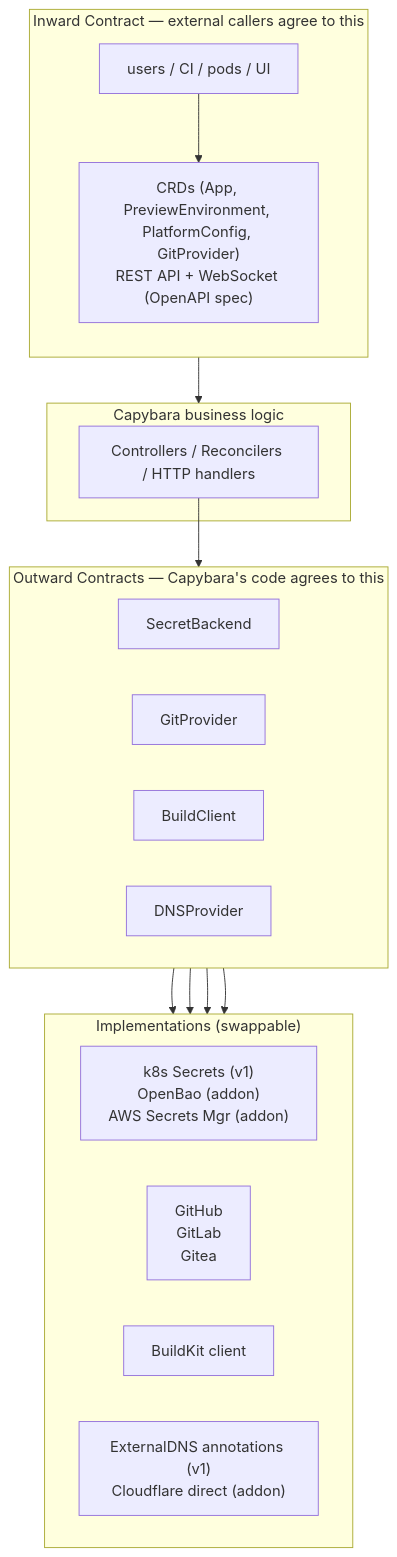
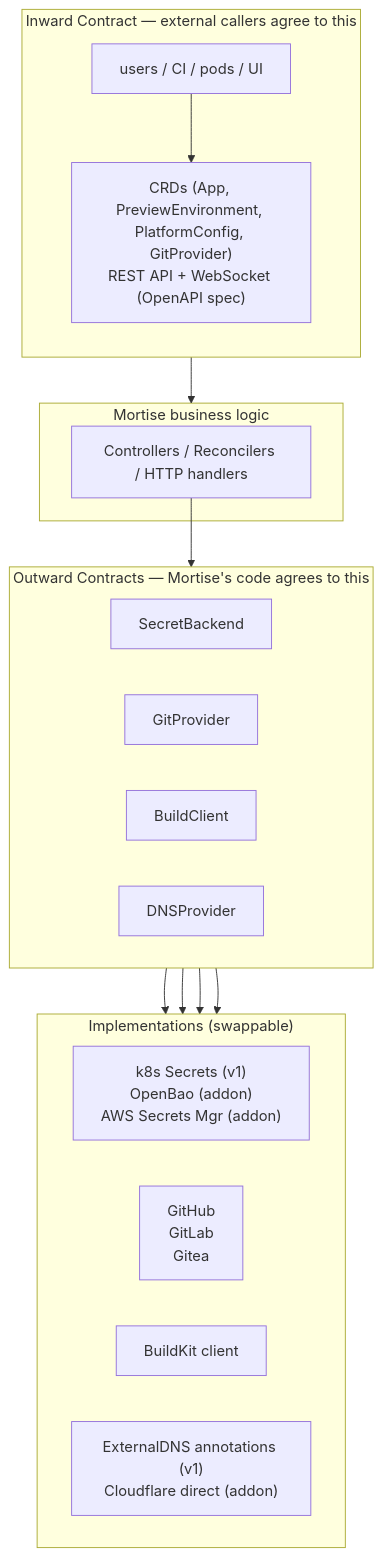
The third of 5 diagrams in ARCHITECTURE.md (mortise-org/mortise), drawn with Mermaid before and after one commit. The commit also changed other lines of this file and 2 other files, not shown here.

Commit message:
Rename Capybara → Mortise; addons are tenons (joinery metaphor)

````diff
--- a/ARCHITECTURE.md
+++ b/ARCHITECTURE.md
@@ -174,38 +174,38 @@
 ```mermaid
 flowchart TB
     subgraph Inward["Inward Contract — external callers agree to this"]
         direction TB
         Callers["users / CI / pods / UI"]
         Public["CRDs (App, PreviewEnvironment, PlatformConfig, GitProvider)<br/>REST API + WebSocket (OpenAPI spec)"]
         Callers --> Public
     end
 
     Public --> Business
 
-    subgraph Business["Capybara business logic"]
+    subgraph Business["Mortise business logic"]
         Ctrl["Controllers / Reconcilers / HTTP handlers"]
     end
 
     Ctrl --> Outward
 
-    subgraph Outward["Outward Contracts — Capybara's code agrees to this"]
+    subgraph Outward["Outward Contracts — Mortise's code agrees to this"]
         direction LR
         SB["SecretBackend"]
         GP["GitProvider"]
         BC["BuildClient"]
         DP["DNSProvider"]
     end
 
     subgraph Impls["Implementations (swappable)"]
         direction LR
         SBImpl["k8s Secrets (v1)<br/>OpenBao (addon)<br/>AWS Secrets Mgr (addon)"]
         GPImpl["GitHub<br/>GitLab<br/>Gitea"]
         BCImpl["BuildKit client"]
         DPImpl["ExternalDNS annotations (v1)<br/>Cloudflare direct (addon)"]
     end
 
     SB --> SBImpl
     GP --> GPImpl
     BC --> BCImpl
     DP --> DPImpl
 ```
````
